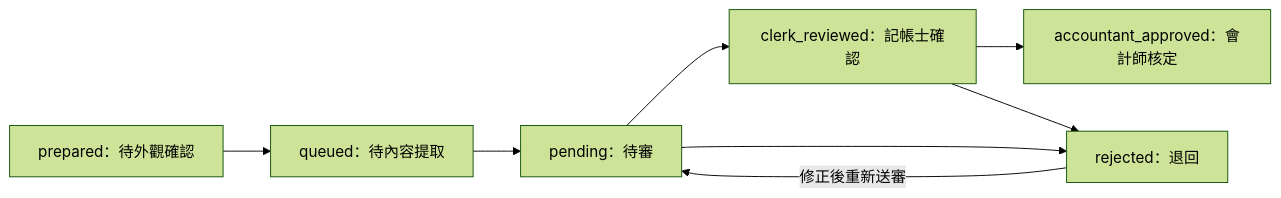
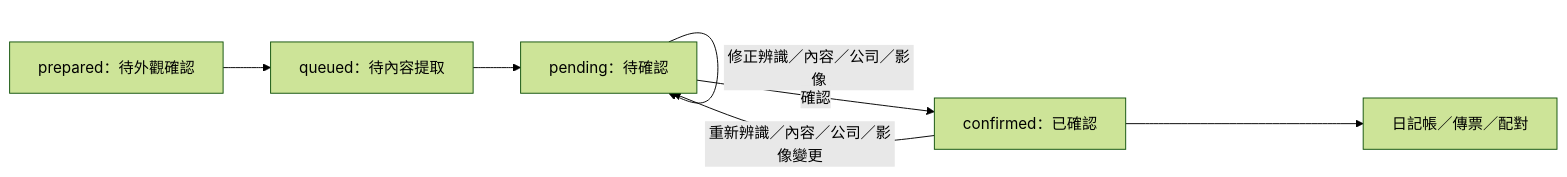
Before and after one commit to giraffe70/Accounting-Document-Recognition: the second of 3 diagrams in docs/dev-notes/architecture.md, drawn with Mermaid (forest theme). The commit also changed other lines of this file and 23 other files, not shown here.

````diff
--- a/docs/dev-notes/architecture.md
+++ b/docs/dev-notes/architecture.md
@@ -124,10 +124,9 @@
 ```mermaid
 flowchart LR
     A[prepared：待外觀確認] --> B[queued：待內容提取]
-    B --> C[pending：待審]
-    C --> D[clerk_reviewed：記帳士確認]
-    D --> E[accountant_approved：會計師核定]
-    C --> F[rejected：退回]
-    D --> F
-    F -->|修正後重新送審| C
+    B --> C[pending：待確認]
+    C -->|修正辨識／內容／公司／影像| C
+    C -->|確認| D[confirmed：已確認]
+    D -->|重新辨識／內容／公司／影像變更| C
+    D --> E[日記帳／傳票／配對]
 ```
````
